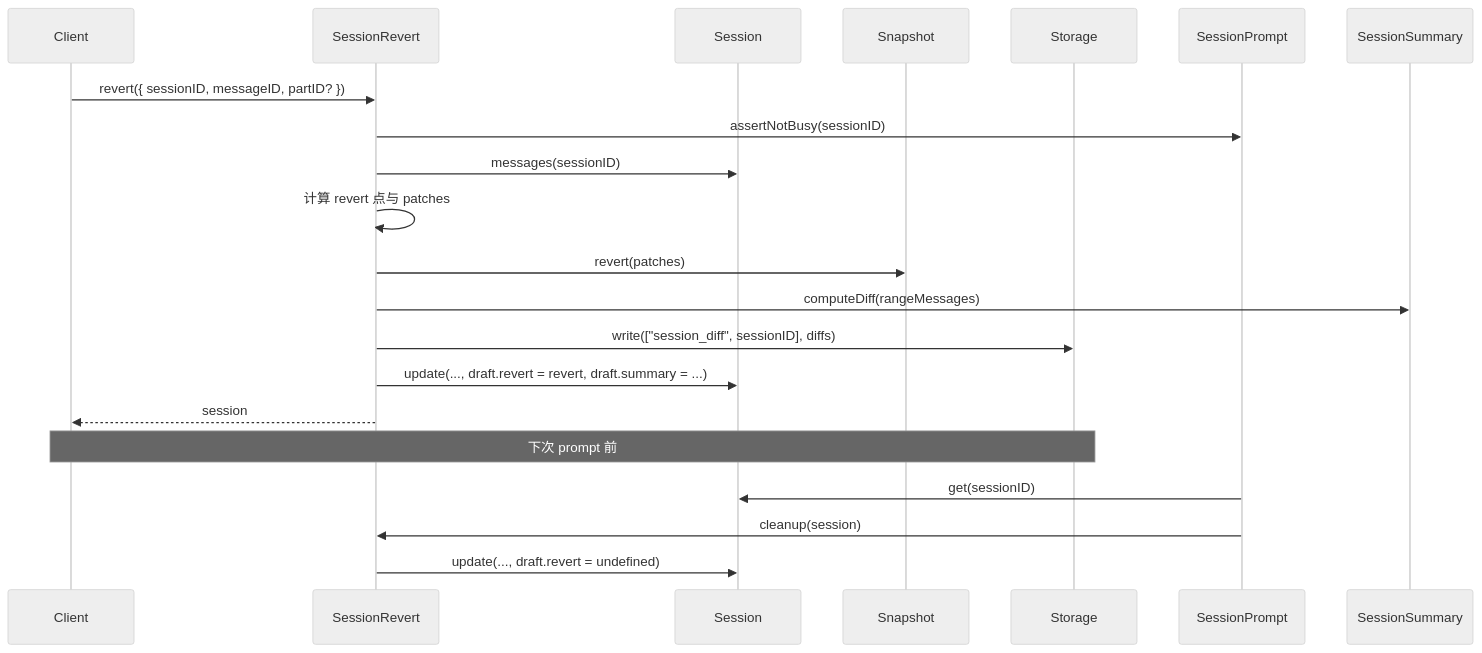
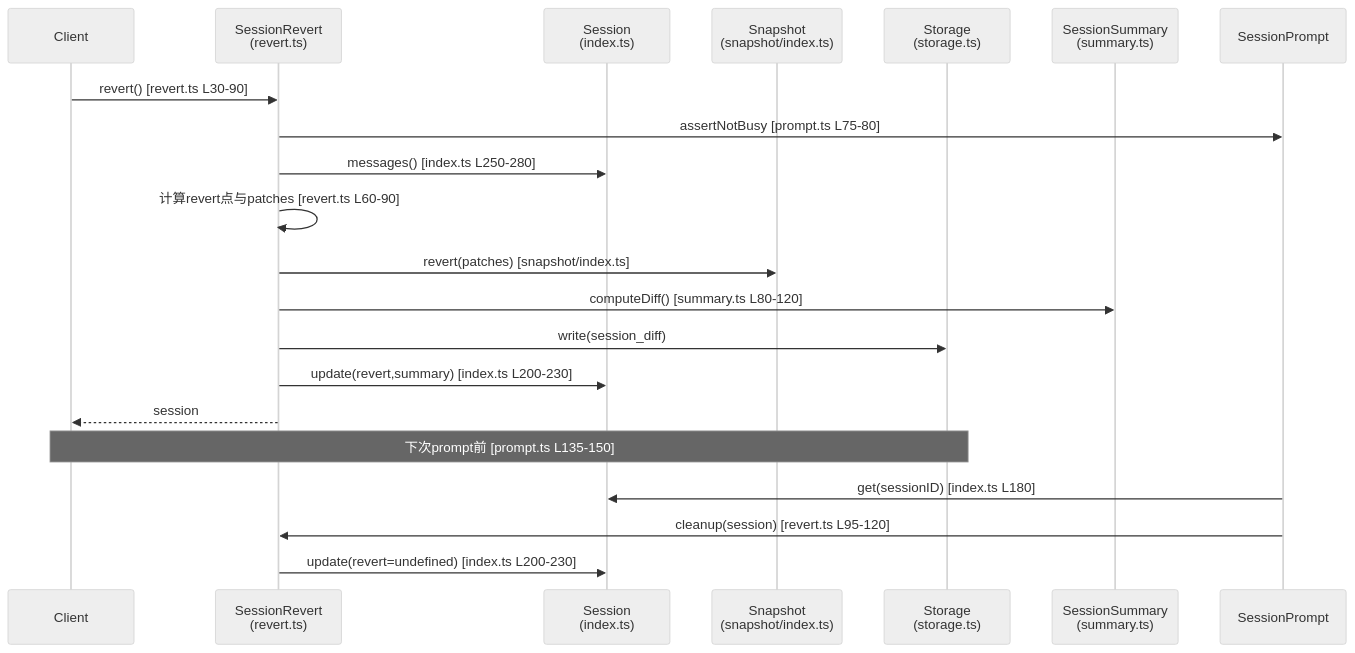
Before and after one commit to dolibali/opencode: the fifth of 6 diagrams in packages/opencode/src/session/SESSION_MODULE_ANALYSIS.md, drawn with Mermaid (neutral theme). The commit also changed other lines of this file and 2 other files, not shown here.

Commit message:
Add session module md

````diff
--- a/packages/opencode/src/session/SESSION_MODULE_ANALYSIS.md
+++ b/packages/opencode/src/session/SESSION_MODULE_ANALYSIS.md
@@ -377,23 +377,24 @@
 ```mermaid
 sequenceDiagram
   participant Client
-  participant SessionRevert
-  participant Session
-  participant Snapshot
-  participant Storage
+  participant SessionRevert as SessionRevert<br/>(revert.ts)
+  participant Session as Session<br/>(index.ts)
+  participant Snapshot as Snapshot<br/>(snapshot/index.ts)
+  participant Storage as Storage<br/>(storage.ts)
+  participant SessionSummary as SessionSummary<br/>(summary.ts)
 
-  Client->>SessionRevert: revert({ sessionID, messageID, partID? })
-  SessionRevert->>SessionPrompt: assertNotBusy(sessionID)
-  SessionRevert->>Session: messages(sessionID)
-  SessionRevert->>SessionRevert: 计算 revert 点与 patches
-  SessionRevert->>Snapshot: revert(patches)
-  SessionRevert->>SessionSummary: computeDiff(rangeMessages)
-  SessionRevert->>Storage: write(["session_diff", sessionID], diffs)
-  SessionRevert->>Session: update(..., draft.revert = revert, draft.summary = ...)
+  Client->>SessionRevert: revert() [revert.ts L30-90]
+  SessionRevert->>SessionPrompt: assertNotBusy [prompt.ts L75-80]
+  SessionRevert->>Session: messages() [index.ts L250-280]
+  SessionRevert->>SessionRevert: 计算revert点与patches [revert.ts L60-90]
+  SessionRevert->>Snapshot: revert(patches) [snapshot/index.ts]
+  SessionRevert->>SessionSummary: computeDiff() [summary.ts L80-120]
+  SessionRevert->>Storage: write(session_diff)
+  SessionRevert->>Session: update(revert,summary) [index.ts L200-230]
   SessionRevert-->>Client: session
 
-  Note over Client,Storage: 下次 prompt 前
-  SessionPrompt->>Session: get(sessionID)
-  SessionPrompt->>SessionRevert: cleanup(session)
-  SessionRevert->>Session: update(..., draft.revert = undefined)
+  Note over Client,Storage: 下次prompt前 [prompt.ts L135-150]
+  SessionPrompt->>Session: get(sessionID) [index.ts L180]
+  SessionPrompt->>SessionRevert: cleanup(session) [revert.ts L95-120]
+  SessionRevert->>Session: update(revert=undefined) [index.ts L200-230]
 ```
````
